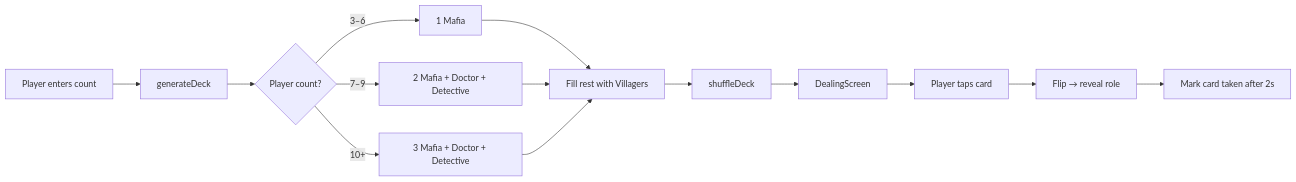
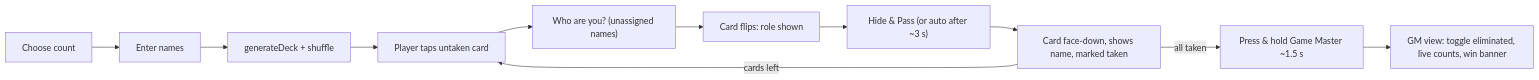
One commit to DhanushPrince/Mafia changed the third of 6 diagrams in diagram.md. Above: the diagram before and after it, drawn with Mermaid. The commit also changed other lines of this file and 21 other files, not shown here.

````diff
--- a/diagram.md
+++ b/diagram.md
@@ -99,16 +116,13 @@
 ```mermaid
 flowchart LR
-    A[Player enters count] --> B[generateDeck]
-    B --> C{Player count?}
-    C -->|3–6| D[1 Mafia]
-    C -->|7–9| E[2 Mafia + Doctor + Detective]
-    C -->|10+| F[3 Mafia + Doctor + Detective]
-    D --> G[Fill rest with Villagers]
-    E --> G
-    F --> G
-    G --> H[shuffleDeck]
-    H --> I[DealingScreen]
-    I --> J[Player taps card]
-    J --> K[Flip → reveal role]
-    K --> L[Mark card taken after 2s]
+    A[Choose count] --> B[Enter names]
+    B --> C[generateDeck + shuffle]
+    C --> D[Player taps untaken card]
+    D --> E["Who are you? (unassigned names)"]
+    E --> F[Card flips: role shown]
+    F --> G["Hide & Pass (or auto after ~3 s)"]
+    G --> H[Card face-down, shows name, marked taken]
+    H -->|cards left| D
+    H -->|all taken| I[Press & hold Game Master ~1.5 s]
+    I --> J[GM view: toggle eliminated, live counts, win banner]
 ```
````
